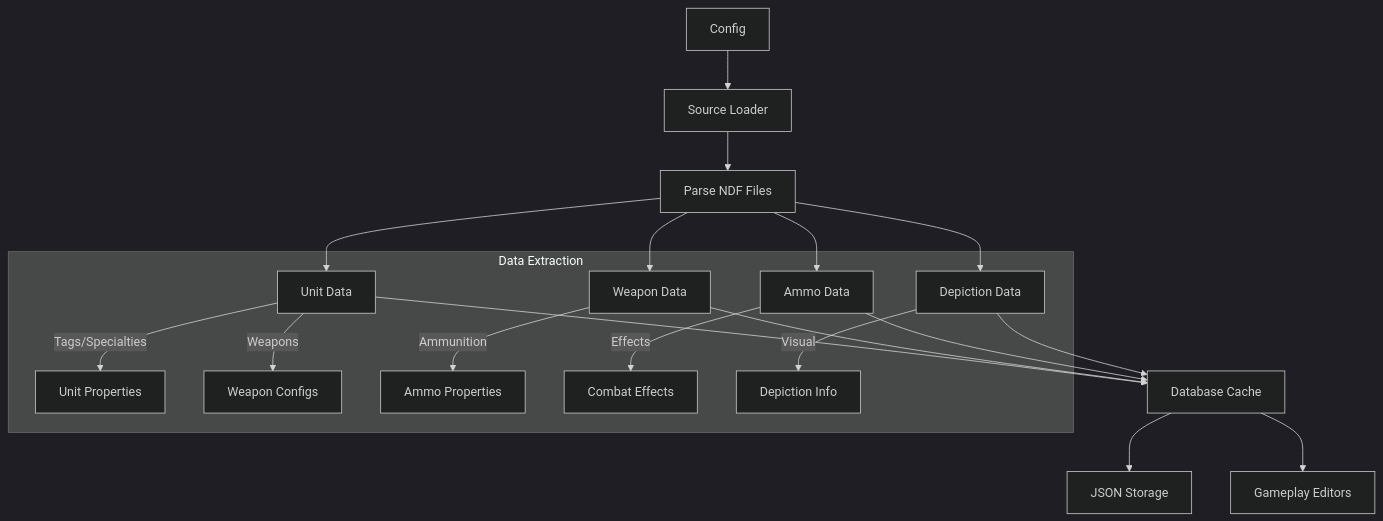
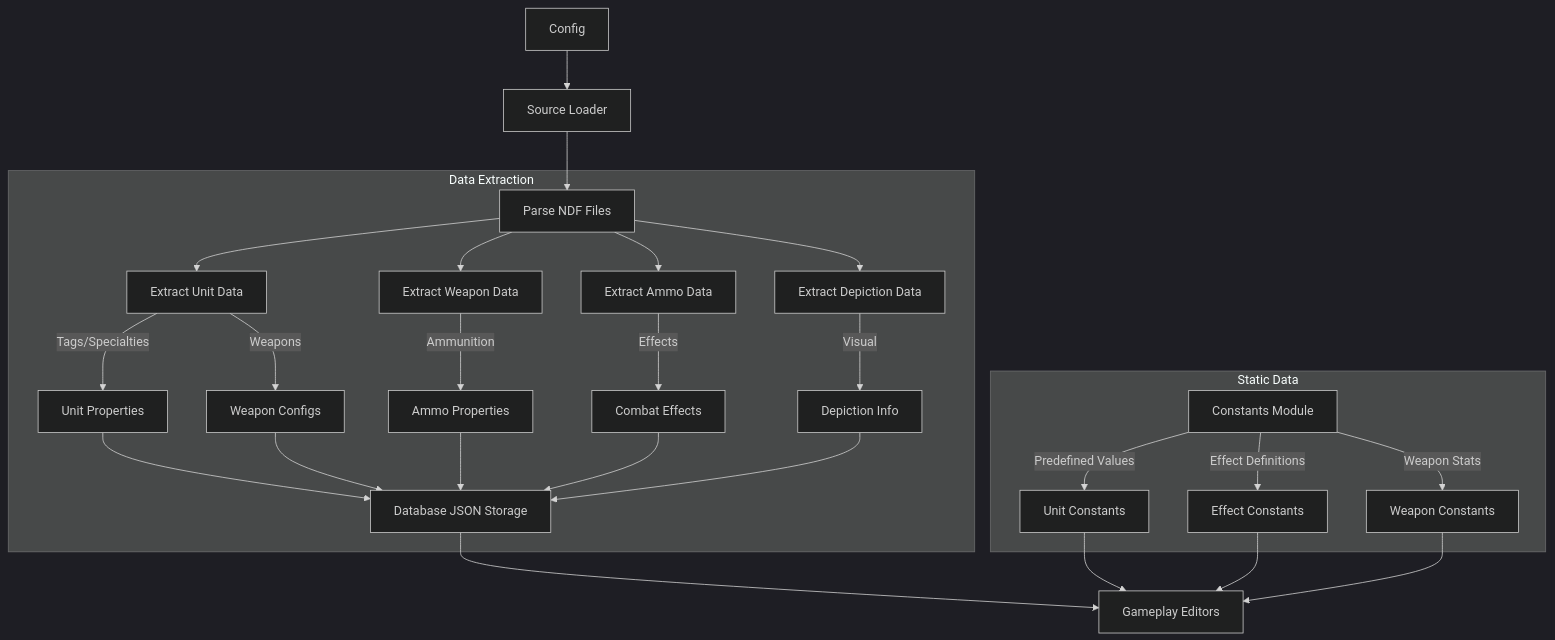
The diagram in PROJECT_CONTEXT.md (Cole-Graham/warno-actual), drawn with Mermaid (dark theme) before and after one commit.

Commit message:
Update PROJECT_CONTEXT.md
fixed mermaid map

````diff
--- a/PROJECT_CONTEXT.md
+++ b/PROJECT_CONTEXT.md
@@ -94,26 +94,29 @@
 ```mermaid
 graph TD
     A[Config] --> B[Source Loader]
     B --> C[Parse NDF Files]
     
-    C --> D[Unit Data]
-    C --> E[Weapon Data]
-    C --> F[Ammo Data]
-    C --> G[Depiction Data]
+    subgraph "Data Extraction"
+        C --> D[Extract Unit Data]
+        C --> E[Extract Weapon Data]
+        C --> F[Extract Ammo Data]
+        C --> G[Extract Depiction Data]
+        
+        D --> |Tags/Specialties| D1[Unit Properties]
+        D --> |Weapons| D2[Weapon Configs]
+        E --> |Ammunition| E1[Ammo Properties]
+        F --> |Effects| F1[Combat Effects]
+        G --> |Visual| G1[Depiction Info]
+        
+        D1 & D2 & E1 & F1 & G1 --> H[Database JSON Storage]
+    end
     
-    D --> H[Database Cache]
-    E --> H
-    F --> H
-    G --> H
+    subgraph "Static Data"
+        K[Constants Module] --> |Predefined Values| L[Unit Constants]
+        K --> |Effect Definitions| M[Effect Constants]
+        K --> |Weapon Stats| N[Weapon Constants]
+    end
     
-    H --> I[JSON Storage]
     H --> J[Gameplay Editors]
-    
-    subgraph "Data Extraction"
-        D --> |Tags/Specialties| K[Unit Properties]
-        D --> |Weapons| L[Weapon Configs]
-        E --> |Ammunition| M[Ammo Properties]
-        F --> |Effects| N[Combat Effects]
-        G --> |Visual| O[Depiction Info]
-    end
+    L & M & N --> J
 ```
````
